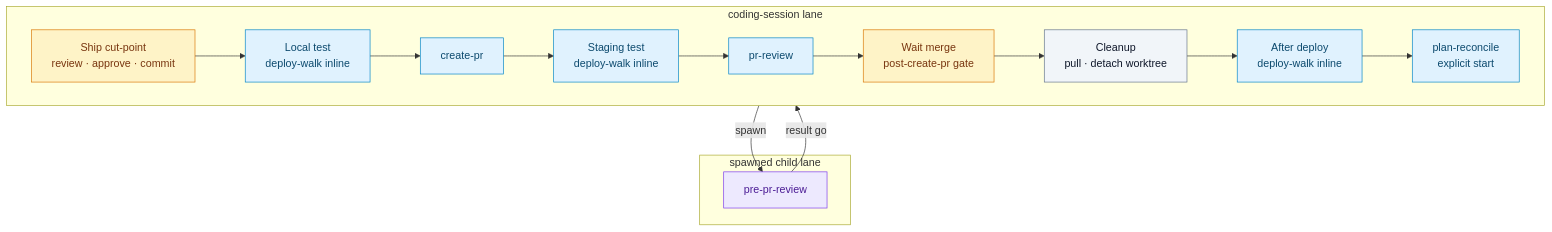
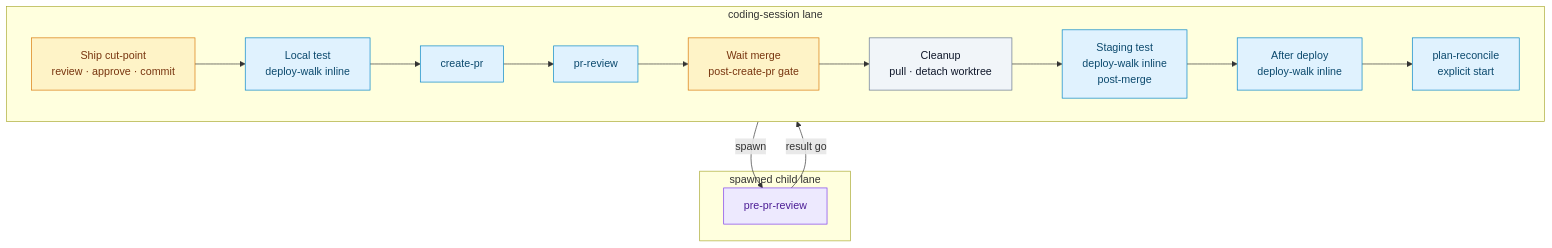
Before and after one commit to sedea-tapcart/research-and-development: the second of 5 diagrams in missions/plan-and-deliver/plan.mdc, drawn with Mermaid. The commit also changed other lines of this file and 6 other files, not shown here.

First line of the commit message:
Align Staging deploy-walk to post-merge Model A timing.

````diff
--- a/missions/plan-and-deliver/plan.mdc
+++ b/missions/plan-and-deliver/plan.mdc
@@ -35,29 +35,29 @@
 ```mermaid
 flowchart TB
   classDef inline fill:#e0f2fe,stroke:#0284c7,color:#0c4a6e
   classDef spawn fill:#ede9fe,stroke:#7c3aed,color:#4c1d95
   classDef gate fill:#fef3c7,stroke:#d97706,color:#78350f
   classDef proc fill:#f1f5f9,stroke:#64748b,color:#0f172a
 
   subgraph CS["coding-session lane"]
     direction LR
     CUT["Ship cut-point<br/>review · approve · commit"]:::gate
     LTW["Local test<br/>deploy-walk inline"]:::inline
     CPR["create-pr"]:::inline
-    STW["Staging test<br/>deploy-walk inline"]:::inline
     PRV["pr-review"]:::inline
     WAIT["Wait merge<br/>post-create-pr gate"]:::gate
     PMC["Cleanup<br/>pull · detach worktree"]:::proc
+    STW["Staging test<br/>deploy-walk inline<br/>post-merge"]:::inline
     ADW["After deploy<br/>deploy-walk inline"]:::inline
     REC["plan-reconcile<br/>explicit start"]:::inline
     CUT --> LTW --> CPR
-    CPR --> STW --> PRV --> WAIT --> PMC --> ADW --> REC
+    CPR --> PRV --> WAIT --> PMC --> STW --> ADW --> REC
   end
 
   subgraph CHILD["spawned child lane"]
     PPR["pre-pr-review"]:::spawn
   end
 
   LTW -->|spawn| PPR
   PPR -->|result go| CPR
 ```
````
